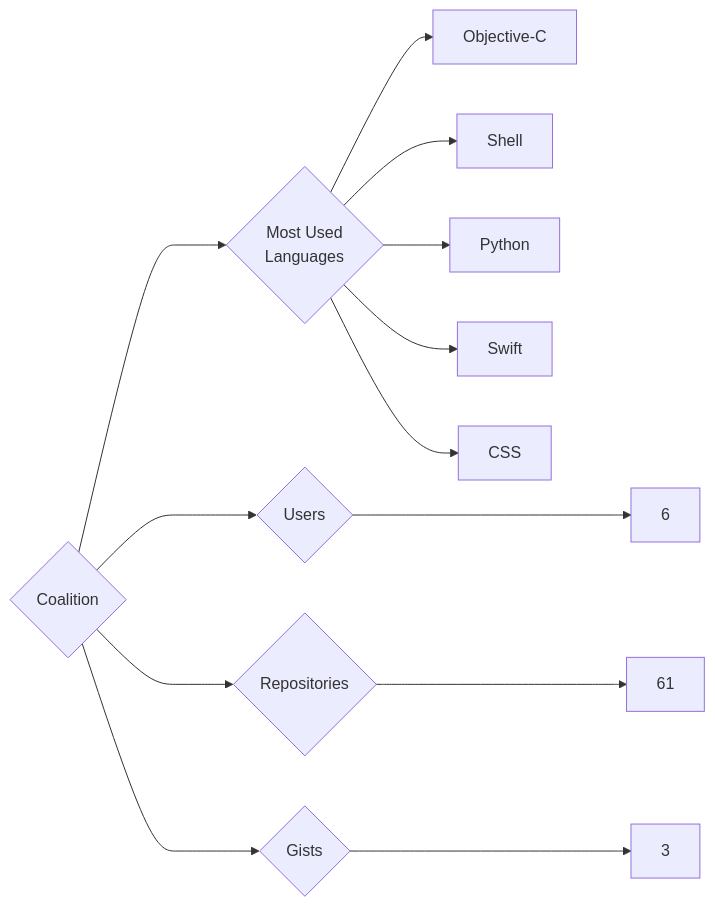
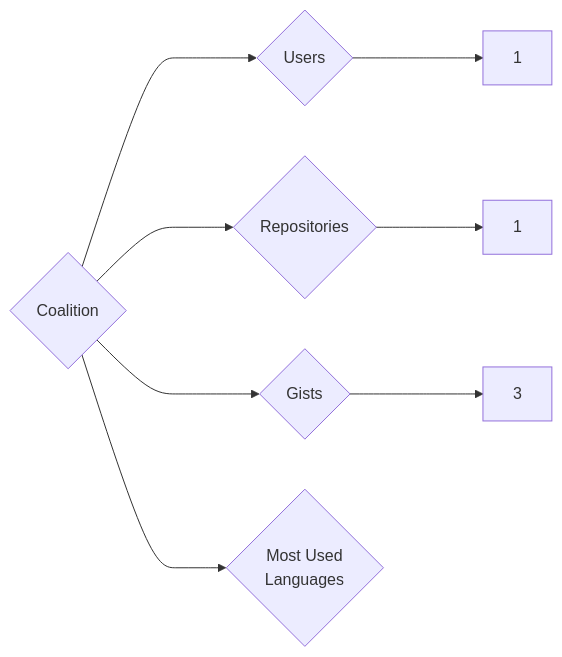
One commit to trickest/insiders changed the diagram in targets/Coalition/README.md. Above: the diagram before and after it, drawn with Mermaid. The commit also changed 1120 other files, not shown here.

````diff
--- a/targets/Coalition/README.md
+++ b/targets/Coalition/README.md
@@ -3,13 +3,8 @@
 ```mermaid
 graph LR
 COMPANY_NAME{Coalition}
-COMPANY_NAME ---> U{Users} ---> UN[6]
-COMPANY_NAME ---> R{Repositories} ---> RN[61]
+COMPANY_NAME ---> U{Users} ---> UN[1]
+COMPANY_NAME ---> R{Repositories} ---> RN[1]
 COMPANY_NAME ---> G{Gists} ---> GN[3]
 COMPANY_NAME ---> ML{Most Used<br>Languages}
-ML --> Objective-C[Objective-C]
-ML --> Shell[Shell]
-ML --> Python[Python]
-ML --> Swift[Swift]
-ML --> CSS[CSS]
 ```
````
